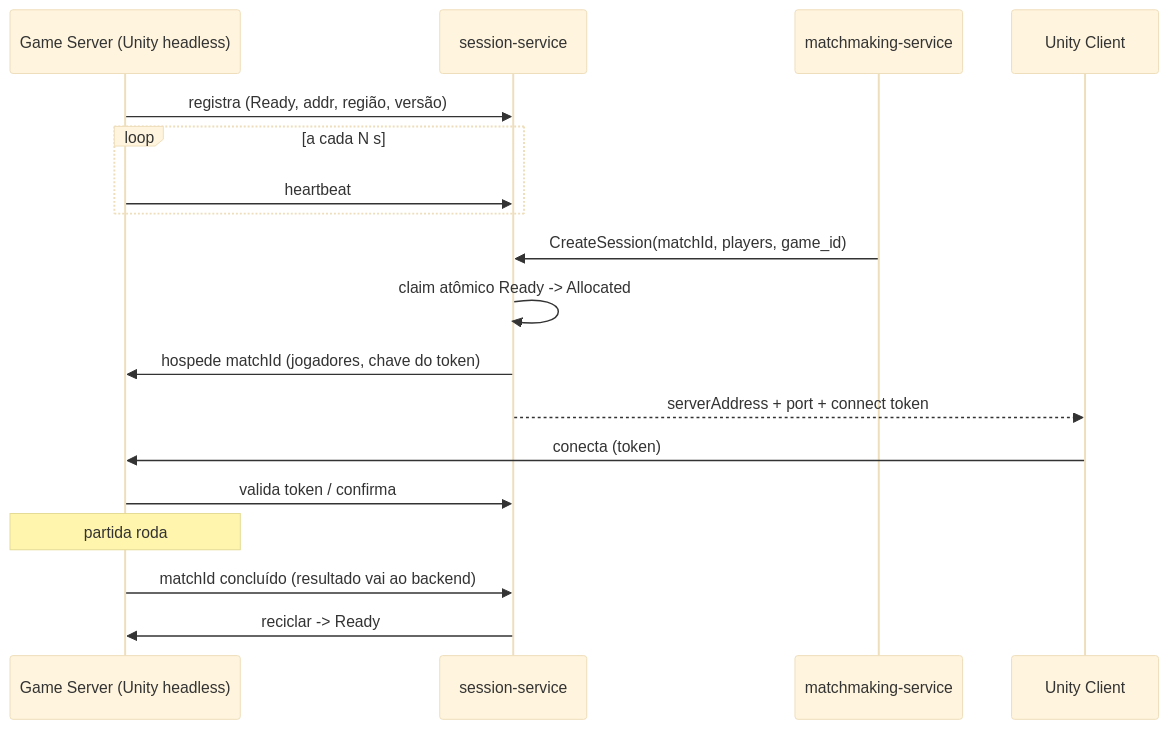
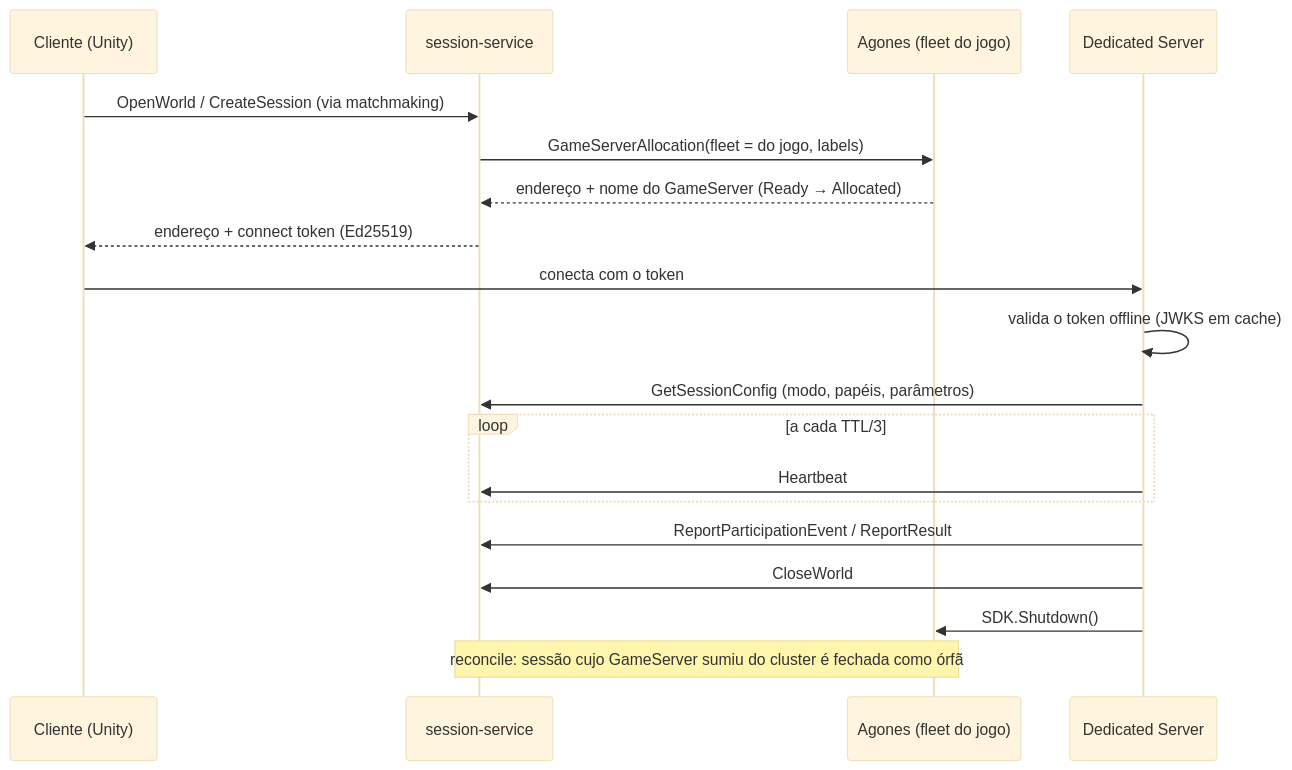
The seventh of 7 diagrams in docs/ARCHITECTURE.md (vitormartins1/go-multiplayer-control-plane), drawn with Mermaid (base theme) before and after one commit. The commit also changed other lines of this file and 32 other files, not shown here.

````diff
--- a/docs/ARCHITECTURE.md
+++ b/docs/ARCHITECTURE.md
@@ -203,20 +256,21 @@
 ```mermaid
 sequenceDiagram
-    participant GS as Game Server (Unity headless)
+    participant C as Cliente (Unity)
     participant SS as session-service
-    participant MM as matchmaking-service
-    participant C as Unity Client
-    GS->>SS: registra (Ready, addr, região, versão)
-    loop a cada N s
-        GS->>SS: heartbeat
+    participant AG as Agones (fleet do jogo)
+    participant GS as Dedicated Server
+    C->>SS: OpenWorld / CreateSession (via matchmaking)
+    SS->>AG: GameServerAllocation(fleet = do jogo, labels)
+    AG-->>SS: endereço + nome do GameServer (Ready → Allocated)
+    SS-->>C: endereço + connect token (Ed25519)
+    C->>GS: conecta com o token
+    GS->>GS: valida o token offline (JWKS em cache)
+    GS->>SS: GetSessionConfig (modo, papéis, parâmetros)
+    loop a cada TTL/3
+        GS->>SS: Heartbeat
     end
-    MM->>SS: CreateSession(matchId, players, game_id)
-    SS->>SS: claim atômico Ready -> Allocated
-    SS->>GS: hospede matchId (jogadores, chave do token)
-    SS-->>C: serverAddress + port + connect token
-    C->>GS: conecta (token)
-    GS->>SS: valida token / confirma
-    Note over GS: partida roda
-    GS->>SS: matchId concluído (resultado vai ao backend)
-    SS->>GS: reciclar -> Ready
+    GS->>SS: ReportParticipationEvent / ReportResult
+    GS->>SS: CloseWorld
+    GS->>AG: SDK.Shutdown()
+    Note over SS,AG: reconcile: sessão cujo GameServer sumiu do cluster é fechada como órfã
 ```
````
